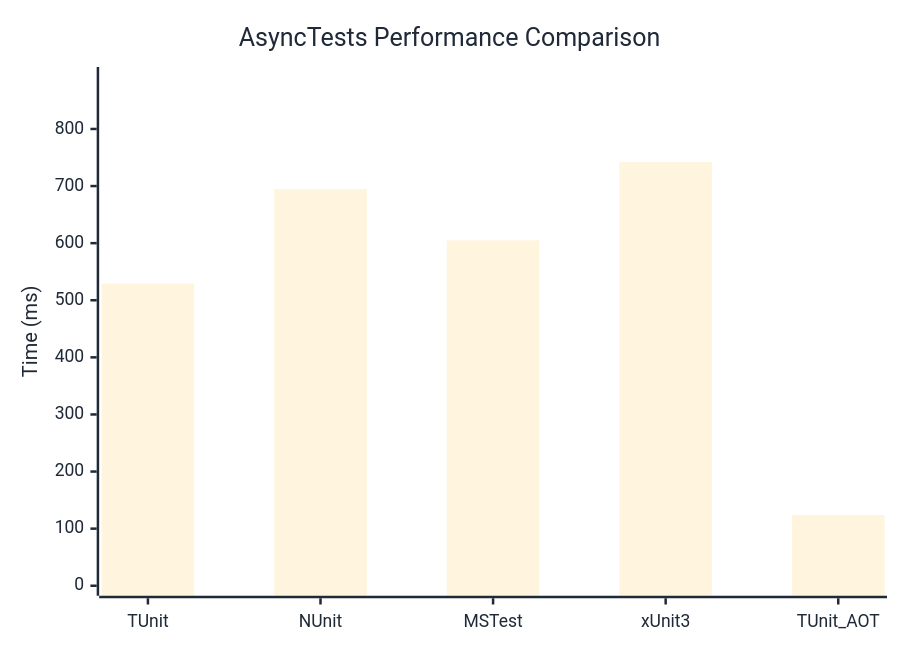
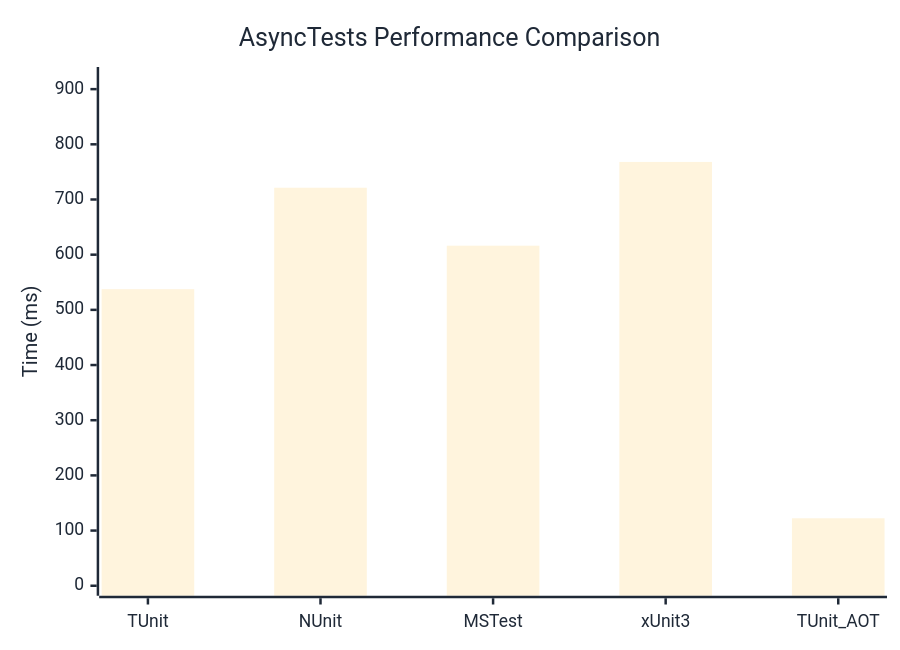
The diagram in docs/docs/benchmarks/AsyncTests.md (thomhurst/TUnit), drawn with Mermaid before and after one commit. The commit also changed other lines of this file and 17 other files, not shown here.

````diff
--- a/docs/docs/benchmarks/AsyncTests.md
+++ b/docs/docs/benchmarks/AsyncTests.md
@@ -27,37 +27,37 @@
 ```mermaid
 %%{init: {
   'theme':'base',
   'themeVariables': {
     'primaryColor': '#2563eb',
     'primaryTextColor': '#1f2937',
     'primaryBorderColor': '#1e40af',
     'lineColor': '#6b7280',
     'secondaryColor': '#7c3aed',
     'tertiaryColor': '#dc2626',
     'background': '#ffffff',
     'mainBkg': '#2563eb',
     'secondBkg': '#7c3aed',
     'tertiaryBkg': '#dc2626',
     'clusterBkg': '#f3f4f6',
     'edgeLabelBackground': '#ffffff',
     'tertiaryTextColor': '#1f2937',
     'pie1': '#2563eb',
     'pie2': '#7c3aed',
     'pie3': '#dc2626',
     'pie4': '#f59e0b',
     'pie5': '#10b981',
     'pie6': '#06b6d4',
     'pie7': '#ec4899',
     'pie8': '#6366f1',
     'pie9': '#84cc16',
     'pie10': '#f97316',
     'pie11': '#14b8a6',
     'pie12': '#a855f7'
   }
 }}%%
 xychart-beta
   title "AsyncTests Performance Comparison"
   x-axis ["TUnit", "NUnit", "MSTest", "xUnit3", "TUnit_AOT"]
-  y-axis "Time (ms)" 0 --> 891
-  bar [529.3, 694.6, 605, 741.9, 123.9]
+  y-axis "Time (ms)" 0 --> 922
+  bar [537.5, 721.3, 616.3, 768.1, 122.3]
 ```
````
